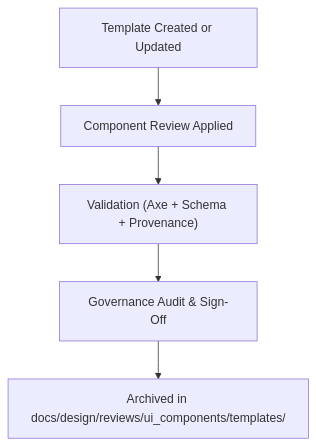
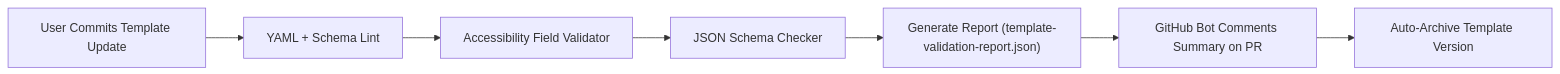
The third of 3 diagrams in docs/design/reviews/ui_components/templates/README.md (bartytime4life/Kansas-Frontier-Matrix), drawn with Mermaid before and after one commit. The commit also changed other lines of this file, not shown here.

First line of the commit message:
Revise UI Component Review Templates README

````diff
--- a/docs/design/reviews/ui_components/templates/README.md
+++ b/docs/design/reviews/ui_components/templates/README.md
@@ -226,7 +224,9 @@
 ```mermaid
-flowchart TD
-  S["Template Created or Updated"] --> R["Component Review Applied"]
-  R --> V["Validation (Axe + Schema + Provenance)"]
-  V --> A["Governance Audit & Sign-Off"]
-  A --> Z["Archived in docs/design/reviews/ui_components/templates/"]
+flowchart LR
+  U["User Commits Template Update"] --> L["YAML + Schema Lint"]
+  L --> A11Y["Accessibility Field Validator"]
+  A11Y --> SCH["JSON Schema Checker"]
+  SCH --> REP["Generate Report (template-validation-report.json)"]
+  REP --> BOT["GitHub Bot Comments Summary on PR"]
+  BOT --> ARC["Auto-Archive Template Version"]
 ```
````
